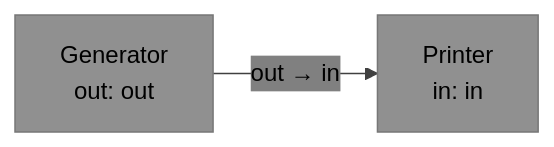
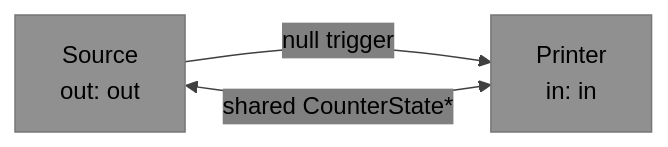
One commit to visionik/anyflux changed the sixth of 11 diagrams in docs/api.md. Above: the diagram before and after it, drawn with Mermaid. The commit also changed other lines of this file, not shown here.

````diff
--- a/docs/api.md
+++ b/docs/api.md
@@ -306,5 +325,6 @@
 ```mermaid
 %%{init: {'theme': 'base', 'themeVariables': { 'primaryColor': '#909090', 'secondaryColor': '#808080', 'tertiaryColor': '#707070', 'primaryTextColor': '#000000', 'secondaryTextColor': '#000000', 'tertiaryTextColor': '#000000', 'noteTextColor': '#000000', 'lineColor': '#404040' }}}%%
 graph LR
-    GEN["Generator\nout: out"] -->|"out → in"| PRT["Printer\nin: in"]
+    SRC["Source\nout: out"] -->|"null trigger"| PRT["Printer\nin: in"]
+    SRC <-->|"shared CounterState*"| PRT
 ```
````
